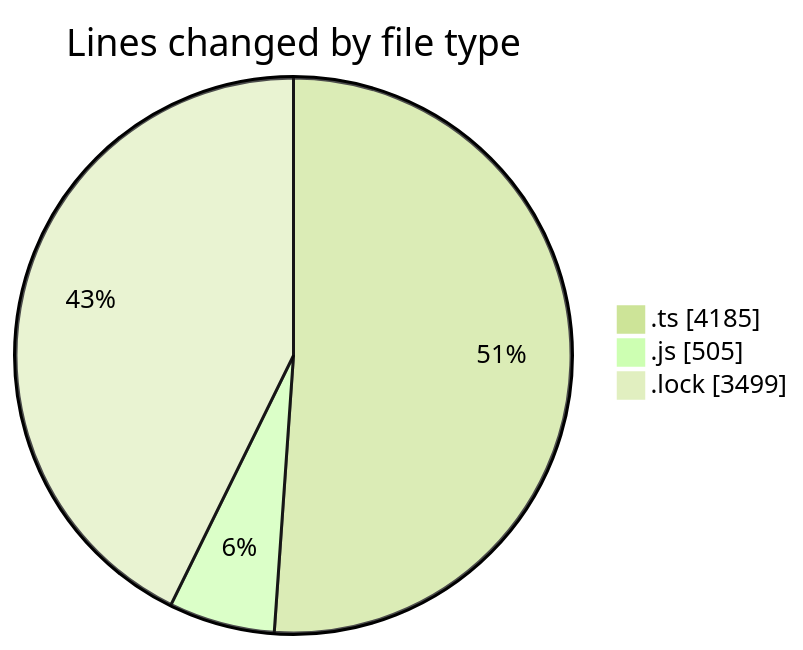
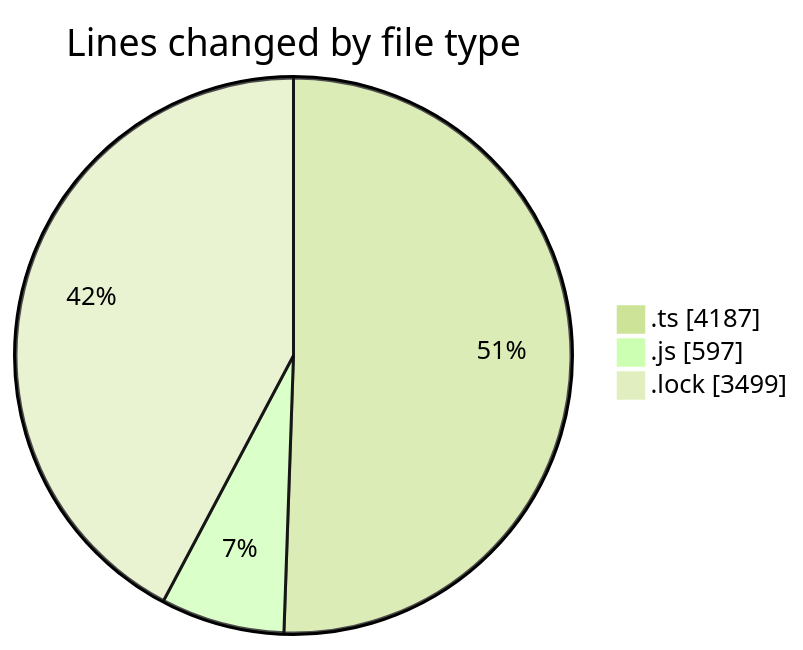
The first of 2 diagrams in 2025-05-20/cda/README.md (momahboobian/code-tracking), drawn with Mermaid (forest theme) before and after one commit. The commit also changed other lines of this file and 1 other file, not shown here.

````diff
--- a/2025-05-20/cda/README.md
+++ b/2025-05-20/cda/README.md
@@ -27,7 +28,7 @@
 ```mermaid
 pie showData
 title Lines changed by file type
-".ts" : 4185
-".js" : 505
+".ts" : 4187
+".js" : 597
 ".lock" : 3499
 ```
````
